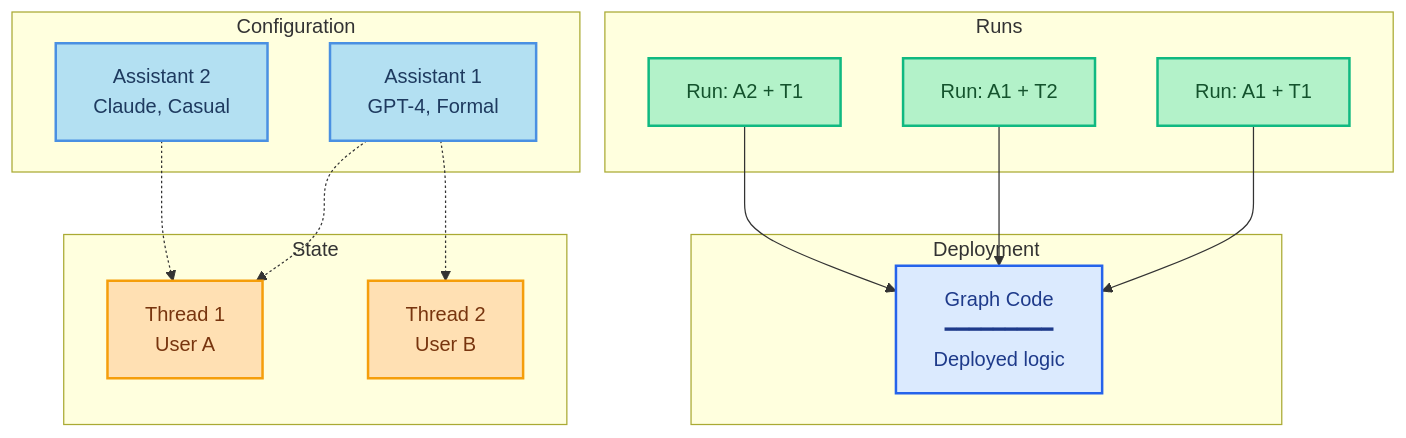
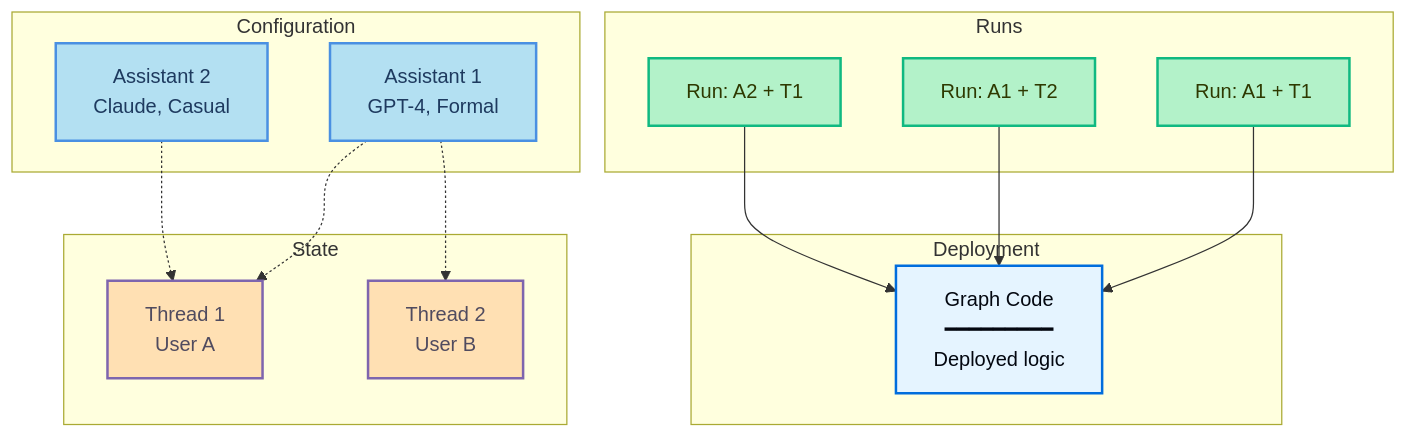
One commit to kunfan96/cndocs-langchain changed the diagram in langsmith/runs.mdx. Above: the diagram before and after it, drawn with Mermaid. The commit also changed 2538 other files, not shown here.

````diff
--- a/langsmith/runs.mdx
+++ b/langsmith/runs.mdx
@@ -9,39 +9,39 @@
 ```mermaid actions={false}
 flowchart TB
     subgraph deploy[Deployment]
         G[Graph Code<br/>━━━━━━━━━<br/>Deployed logic]
     end
 
     subgraph config[Configuration]
         A1[Assistant 1<br/>GPT-4, Formal]
         A2[Assistant 2<br/>Claude, Casual]
     end
 
     subgraph state[State]
         T1[Thread 1<br/>User A]
         T2[Thread 2<br/>User B]
     end
 
     subgraph runs[Runs]
         A1T1["Run: A1 + T1"]
         A1T2["Run: A1 + T2"]
         A2T1["Run: A2 + T1"]
     end
 
     A1 -.-> T1
     A1 -.-> T2
     A2 -.-> T1
 
     A1T1 --> G
     A1T2 --> G
     A2T1 --> G
 
-    style G fill:#DBEAFE,stroke:#2563EB,stroke-width:2px,color:#1E3A8A
+    style G fill:#E5F4FF,stroke:#006DDD,stroke-width:2px,color:#030710
     style A1 fill:#B3E0F2,stroke:#4A90E2,stroke-width:2px,color:#1E3A5F
     style A2 fill:#B3E0F2,stroke:#4A90E2,stroke-width:2px,color:#1E3A5F
-    style T1 fill:#FFE0B3,stroke:#F59E0B,stroke-width:2px,color:#78350F
-    style T2 fill:#FFE0B3,stroke:#F59E0B,stroke-width:2px,color:#78350F
-    style A1T1 fill:#B3F2C9,stroke:#10B981,stroke-width:2px,color:#14532D
-    style A1T2 fill:#B3F2C9,stroke:#10B981,stroke-width:2px,color:#14532D
-    style A2T1 fill:#B3F2C9,stroke:#10B981,stroke-width:2px,color:#14532D
+    style T1 fill:#FFE0B3,stroke:#7E65AE,stroke-width:2px,color:#504B5F
+    style T2 fill:#FFE0B3,stroke:#7E65AE,stroke-width:2px,color:#504B5F
+    style A1T1 fill:#B3F2C9,stroke:#10B981,stroke-width:2px,color:#2E3900
+    style A1T2 fill:#B3F2C9,stroke:#10B981,stroke-width:2px,color:#2E3900
+    style A2T1 fill:#B3F2C9,stroke:#10B981,stroke-width:2px,color:#2E3900
 ```
````
